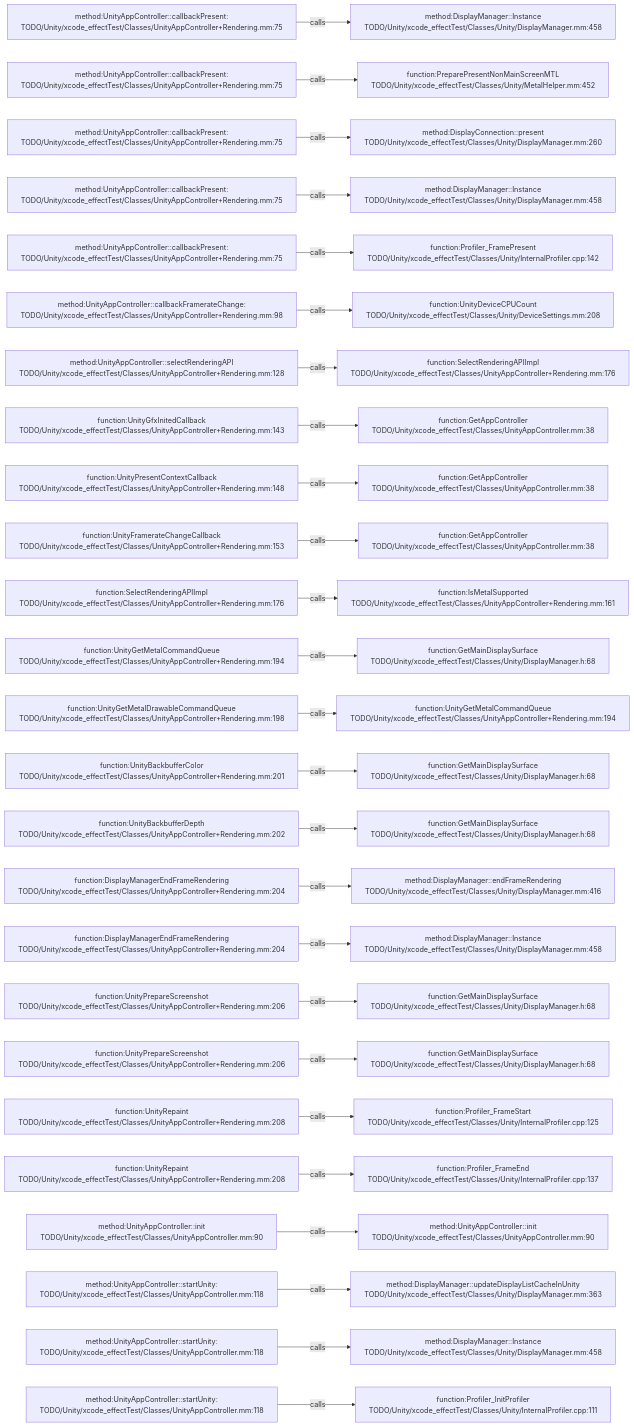
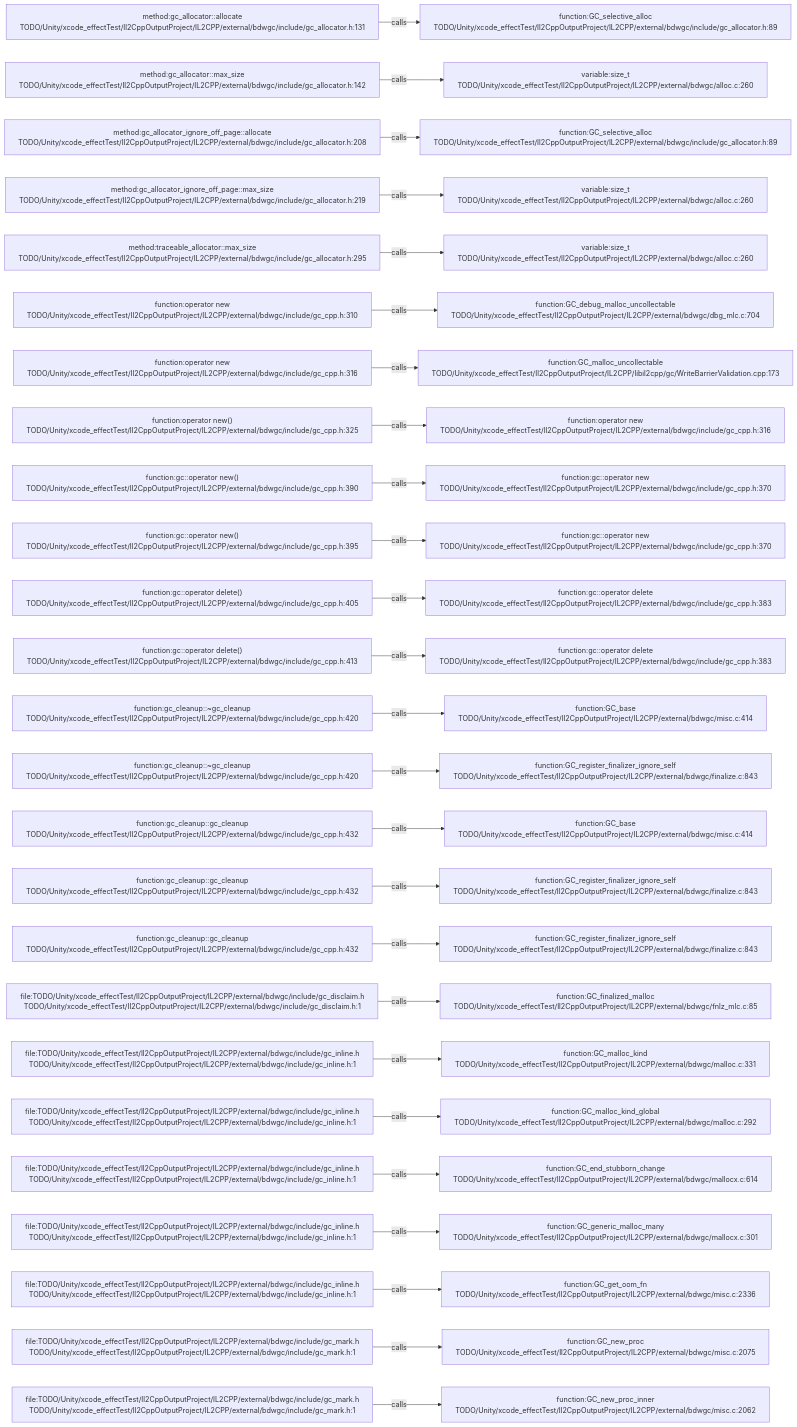
One commit to JobsKits/JobsSwiftBaseConfigDemo changed the diagram in .codegraph/codegraph.md/graphs/calls-114.md. Above: the diagram before and after it, drawn with Mermaid. The commit also changed 227 other files, not shown here.

````diff
--- a/.codegraph/codegraph.md/graphs/calls-114.md
+++ b/.codegraph/codegraph.md/graphs/calls-114.md
@@ -13,78 +13,78 @@
 ```mermaid
 flowchart LR
-  S1["method:UnityAppController::callbackPresent:<br/>TODO/Unity/xcode_effectTest/Classes/UnityAppController+Rendering.mm:75"]
-  T1["method:DisplayManager::Instance<br/>TODO/Unity/xcode_effectTest/Classes/Unity/DisplayManager.mm:458"]
+  S1["method:gc_allocator::allocate<br/>TODO/Unity/xcode_effectTest/Il2CppOutputProject/IL2CPP/external/bdwgc/include/gc_allocator.h:131"]
+  T1["function:GC_selective_alloc<br/>TODO/Unity/xcode_effectTest/Il2CppOutputProject/IL2CPP/external/bdwgc/include/gc_allocator.h:89"]
   S1 -->|calls| T1
-  S2["method:UnityAppController::callbackPresent:<br/>TODO/Unity/xcode_effectTest/Classes/UnityAppController+Rendering.mm:75"]
-  T2["function:PreparePresentNonMainScreenMTL<br/>TODO/Unity/xcode_effectTest/Classes/Unity/MetalHelper.mm:452"]
+  S2["method:gc_allocator::max_size<br/>TODO/Unity/xcode_effectTest/Il2CppOutputProject/IL2CPP/external/bdwgc/include/gc_allocator.h:142"]
+  T2["variable:size_t<br/>TODO/Unity/xcode_effectTest/Il2CppOutputProject/IL2CPP/external/bdwgc/alloc.c:260"]
   S2 -->|calls| T2
-  S3["method:UnityAppController::callbackPresent:<br/>TODO/Unity/xcode_effectTest/Classes/UnityAppController+Rendering.mm:75"]
-  T3["method:DisplayConnection::present<br/>TODO/Unity/xcode_effectTest/Classes/Unity/DisplayManager.mm:260"]
+  S3["method:gc_allocator_ignore_off_page::allocate<br/>TODO/Unity/xcode_effectTest/Il2CppOutputProject/IL2CPP/external/bdwgc/include/gc_allocator.h:208"]
+  T3["function:GC_selective_alloc<br/>TODO/Unity/xcode_effectTest/Il2CppOutputProject/IL2CPP/external/bdwgc/include/gc_allocator.h:89"]
   S3 -->|calls| T3
-  S4["method:UnityAppController::callbackPresent:<br/>TODO/Unity/xcode_effectTest/Classes/UnityAppController+Rendering.mm:75"]
-  T4["method:DisplayManager::Instance<br/>TODO/Unity/xcode_effectTest/Classes/Unity/DisplayManager.mm:458"]
+  S4["method:gc_allocator_ignore_off_page::max_size<br/>TODO/Unity/xcode_effectTest/Il2CppOutputProject/IL2CPP/external/bdwgc/include/gc_allocator.h:219"]
+  T4["variable:size_t<br/>TODO/Unity/xcode_effectTest/Il2CppOutputProject/IL2CPP/external/bdwgc/alloc.c:260"]
   S4 -->|calls| T4
-  S5["method:UnityAppController::callbackPresent:<br/>TODO/Unity/xcode_effectTest/Classes/UnityAppController+Rendering.mm:75"]
-  T5["function:Profiler_FramePresent<br/>TODO/Unity/xcode_effectTest/Classes/Unity/InternalProfiler.cpp:142"]
+  S5["method:traceable_allocator::max_size<br/>TODO/Unity/xcode_effectTest/Il2CppOutputProject/IL2CPP/external/bdwgc/include/gc_allocator.h:295"]
+  T5["variable:size_t<br/>TODO/Unity/xcode_effectTest/Il2CppOutputProject/IL2CPP/external/bdwgc/alloc.c:260"]
   S5 -->|calls| T5
-  S6["method:UnityAppController::callbackFramerateChange:<br/>TODO/Unity/xcode_effectTest/Classes/UnityAppController+Rendering.mm:98"]
-  T6["function:UnityDeviceCPUCount<br/>TODO/Unity/xcode_effectTest/Classes/Unity/DeviceSettings.mm:208"]
+  S6["function:operator new<br/>TODO/Unity/xcode_effectTest/Il2CppOutputProject/IL2CPP/external/bdwgc/include/gc_cpp.h:310"]
+  T6["function:GC_debug_malloc_uncollectable<br/>TODO/Unity/xcode_effectTest/Il2CppOutputProject/IL2CPP/external/bdwgc/dbg_mlc.c:704"]
   S6 -->|calls| T6
-  S7["method:UnityAppController::selectRenderingAPI<br/>TODO/Unity/xcode_effectTest/Classes/UnityAppController+Rendering.mm:128"]
-  T7["function:SelectRenderingAPIImpl<br/>TODO/Unity/xcode_effectTest/Classes/UnityAppController+Rendering.mm:176"]
+  S7["function:operator new<br/>TODO/Unity/xcode_effectTest/Il2CppOutputProject/IL2CPP/external/bdwgc/include/gc_cpp.h:316"]
+  T7["function:GC_malloc_uncollectable<br/>TODO/Unity/xcode_effectTest/Il2CppOutputProject/IL2CPP/libil2cpp/gc/WriteBarrierValidation.cpp:173"]
   S7 -->|calls| T7
-  S8["function:UnityGfxInitedCallback<br/>TODO/Unity/xcode_effectTest/Classes/UnityAppController+Rendering.mm:143"]
-  T8["function:GetAppController<br/>TODO/Unity/xcode_effectTest/Classes/UnityAppController.mm:38"]
+  S8["function:operator new()<br/>TODO/Unity/xcode_effectTest/Il2CppOutputProject/IL2CPP/external/bdwgc/include/gc_cpp.h:325"]
+  T8["function:operator new<br/>TODO/Unity/xcode_effectTest/Il2CppOutputProject/IL2CPP/external/bdwgc/include/gc_cpp.h:316"]
   S8 -->|calls| T8
-  S9["function:UnityPresentContextCallback<br/>TODO/Unity/xcode_effectTest/Classes/UnityAppController+Rendering.mm:148"]
-  T9["function:GetAppController<br/>TODO/Unity/xcode_effectTest/Classes/UnityAppController.mm:38"]
+  S9["function:gc::operator new()<br/>TODO/Unity/xcode_effectTest/Il2CppOutputProject/IL2CPP/external/bdwgc/include/gc_cpp.h:390"]
+  T9["function:gc::operator new<br/>TODO/Unity/xcode_effectTest/Il2CppOutputProject/IL2CPP/external/bdwgc/include/gc_cpp.h:370"]
   S9 -->|calls| T9
-  S10["function:UnityFramerateChangeCallback<br/>TODO/Unity/xcode_effectTest/Classes/UnityAppController+Rendering.mm:153"]
-  T10["function:GetAppController<br/>TODO/Unity/xcode_effectTest/Classes/UnityAppController.mm:38"]
+  S10["function:gc::operator new()<br/>TODO/Unity/xcode_effectTest/Il2CppOutputProject/IL2CPP/external/bdwgc/include/gc_cpp.h:395"]
+  T10["function:gc::operator new<br/>TODO/Unity/xcode_effectTest/Il2CppOutputProject/IL2CPP/external/bdwgc/include/gc_cpp.h:370"]
   S10 -->|calls| T10
-  S11["function:SelectRenderingAPIImpl<br/>TODO/Unity/xcode_effectTest/Classes/UnityAppController+Rendering.mm:176"]
-  T11["function:IsMetalSupported<br/>TODO/Unity/xcode_effectTest/Classes/UnityAppController+Rendering.mm:161"]
+  S11["function:gc::operator delete()<br/>TODO/Unity/xcode_effectTest/Il2CppOutputProject/IL2CPP/external/bdwgc/include/gc_cpp.h:405"]
+  T11["function:gc::operator delete<br/>TODO/Unity/xcode_effectTest/Il2CppOutputProject/IL2CPP/external/bdwgc/include/gc_cpp.h:383"]
   S11 -->|calls| T11
-  S12["function:UnityGetMetalCommandQueue<br/>TODO/Unity/xcode_effectTest/Classes/UnityAppController+Rendering.mm:194"]
-  T12["function:GetMainDisplaySurface<br/>TODO/Unity/xcode_effectTest/Classes/Unity/DisplayManager.h:68"]
+  S12["function:gc::operator delete()<br/>TODO/Unity/xcode_effectTest/Il2CppOutputProject/IL2CPP/external/bdwgc/include/gc_cpp.h:413"]
+  T12["function:gc::operator delete<br/>TODO/Unity/xcode_effectTest/Il2CppOutputProject/IL2CPP/external/bdwgc/include/gc_cpp.h:383"]
   S12 -->|calls| T12
-  S13["function:UnityGetMetalDrawableCommandQueue<br/>TODO/Unity/xcode_effectTest/Classes/UnityAppController+Rendering.mm:198"]
-  T13["function:UnityGetMetalCommandQueue<br/>TODO/Unity/xcode_effectTest/Classes/UnityAppController+Rendering.mm:194"]
+  S13["function:gc_cleanup::~gc_cleanup<br/>TODO/Unity/xcode_effectTest/Il2CppOutputProject/IL2CPP/external/bdwgc/include/gc_cpp.h:420"]
+  T13["function:GC_base<br/>TODO/Unity/xcode_effectTest/Il2CppOutputProject/IL2CPP/external/bdwgc/misc.c:414"]
   S13 -->|calls| T13
-  S14["function:UnityBackbufferColor<br/>TODO/Unity/xcode_effectTest/Classes/UnityAppController+Rendering.mm:201"]
-  T14["function:GetMainDisplaySurface<br/>TODO/Unity/xcode_effectTest/Classes/Unity/DisplayManager.h:68"]
+  S14["function:gc_cleanup::~gc_cleanup<br/>TODO/Unity/xcode_effectTest/Il2CppOutputProject/IL2CPP/external/bdwgc/include/gc_cpp.h:420"]
+  T14["function:GC_register_finalizer_ignore_self<br/>TODO/Unity/xcode_effectTest/Il2CppOutputProject/IL2CPP/external/bdwgc/finalize.c:843"]
   S14 -->|calls| T14
-  S15["function:UnityBackbufferDepth<br/>TODO/Unity/xcode_effectTest/Classes/UnityAppController+Rendering.mm:202"]
-  T15["function:GetMainDisplaySurface<br/>TODO/Unity/xcode_effectTest/Classes/Unity/DisplayManager.h:68"]
+  S15["function:gc_cleanup::gc_cleanup<br/>TODO/Unity/xcode_effectTest/Il2CppOutputProject/IL2CPP/external/bdwgc/include/gc_cpp.h:432"]
+  T15["function:GC_base<br/>TODO/Unity/xcode_effectTest/Il2CppOutputProject/IL2CPP/external/bdwgc/misc.c:414"]
   S15 -->|calls| T15
-  S16["function:DisplayManagerEndFrameRendering<br/>TODO/Unity/xcode_effectTest/Classes/UnityAppController+Rendering.mm:204"]
-  T16["method:DisplayManager::endFrameRendering<br/>TODO/Unity/xcode_effectTest/Classes/Unity/DisplayManager.mm:416"]
+  S16["function:gc_cleanup::gc_cleanup<br/>TODO/Unity/xcode_effectTest/Il2CppOutputProject/IL2CPP/external/bdwgc/include/gc_cpp.h:432"]
+  T16["function:GC_register_finalizer_ignore_self<br/>TODO/Unity/xcode_effectTest/Il2CppOutputProject/IL2CPP/external/bdwgc/finalize.c:843"]
   S16 -->|calls| T16
-  S17["function:DisplayManagerEndFrameRendering<br/>TODO/Unity/xcode_effectTest/Classes/UnityAppController+Rendering.mm:204"]
-  T17["method:DisplayManager::Instance<br/>TODO/Unity/xcode_effectTest/Classes/Unity/DisplayManager.mm:458"]
+  S17["function:gc_cleanup::gc_cleanup<br/>TODO/Unity/xcode_effectTest/Il2CppOutputProject/IL2CPP/external/bdwgc/include/gc_cpp.h:432"]
+  T17["function:GC_register_finalizer_ignore_self<br/>TODO/Unity/xcode_effectTest/Il2CppOutputProject/IL2CPP/external/bdwgc/finalize.c:843"]
   S17 -->|calls| T17
-  S18["function:UnityPrepareScreenshot<br/>TODO/Unity/xcode_effectTest/Classes/UnityAppController+Rendering.mm:206"]
-  T18["function:GetMainDisplaySurface<br/>TODO/Unity/xcode_effectTest/Classes/Unity/DisplayManager.h:68"]
+  S18["file:TODO/Unity/xcode_effectTest/Il2CppOutputProject/IL2CPP/external/bdwgc/include/gc_disclaim.h<br/>TODO/Unity/xcode_effectTest/Il2CppOutputProject/IL2CPP/external/bdwgc/include/gc_disclaim.h:1"]
+  T18["function:GC_finalized_malloc<br/>TODO/Unity/xcode_effectTest/Il2CppOutputProject/IL2CPP/external/bdwgc/fnlz_mlc.c:85"]
   S18 -->|calls| T18
-  S19["function:UnityPrepareScreenshot<br/>TODO/Unity/xcode_effectTest/Classes/UnityAppController+Rendering.mm:206"]
-  T19["function:GetMainDisplaySurface<br/>TODO/Unity/xcode_effectTest/Classes/Unity/DisplayManager.h:68"]
+  S19["file:TODO/Unity/xcode_effectTest/Il2CppOutputProject/IL2CPP/external/bdwgc/include/gc_inline.h<br/>TODO/Unity/xcode_effectTest/Il2CppOutputProject/IL2CPP/external/bdwgc/include/gc_inline.h:1"]
+  T19["function:GC_malloc_kind<br/>TODO/Unity/xcode_effectTest/Il2CppOutputProject/IL2CPP/external/bdwgc/malloc.c:331"]
   S19 -->|calls| T19
-  S20["function:UnityRepaint<br/>TODO/Unity/xcode_effectTest/Classes/UnityAppController+Rendering.mm:208"]
-  T20["function:Profiler_FrameStart<br/>TODO/Unity/xcode_effectTest/Classes/Unity/InternalProfiler.cpp:125"]
+  S20["file:TODO/Unity/xcode_effectTest/Il2CppOutputProject/IL2CPP/external/bdwgc/include/gc_inline.h<br/>TODO/Unity/xcode_effectTest/Il2CppOutputProject/IL2CPP/external/bdwgc/include/gc_inline.h:1"]
+  T20["function:GC_malloc_kind_global<br/>TODO/Unity/xcode_effectTest/Il2CppOutputProject/IL2CPP/external/bdwgc/malloc.c:292"]
   S20 -->|calls| T20
-  S21["function:UnityRepaint<br/>TODO/Unity/xcode_effectTest/Classes/UnityAppController+Rendering.mm:208"]
-  T21["function:Profiler_FrameEnd<br/>TODO/Unity/xcode_effectTest/Classes/Unity/InternalProfiler.cpp:137"]
+  S21["file:TODO/Unity/xcode_effectTest/Il2CppOutputProject/IL2CPP/external/bdwgc/include/gc_inline.h<br/>TODO/Unity/xcode_effectTest/Il2CppOutputProject/IL2CPP/external/bdwgc/include/gc_inline.h:1"]
+  T21["function:GC_end_stubborn_change<br/>TODO/Unity/xcode_effectTest/Il2CppOutputProject/IL2CPP/external/bdwgc/mallocx.c:614"]
   S21 -->|calls| T21
-  S22["method:UnityAppController::init<br/>TODO/Unity/xcode_effectTest/Classes/UnityAppController.mm:90"]
-  T22["method:UnityAppController::init<br/>TODO/Unity/xcode_effectTest/Classes/UnityAppController.mm:90"]
+  S22["file:TODO/Unity/xcode_effectTest/Il2CppOutputProject/IL2CPP/external/bdwgc/include/gc_inline.h<br/>TODO/Unity/xcode_effectTest/Il2CppOutputProject/IL2CPP/external/bdwgc/include/gc_inline.h:1"]
+  T22["function:GC_generic_malloc_many<br/>TODO/Unity/xcode_effectTest/Il2CppOutputProject/IL2CPP/external/bdwgc/mallocx.c:301"]
   S22 -->|calls| T22
-  S23["method:UnityAppController::startUnity:<br/>TODO/Unity/xcode_effectTest/Classes/UnityAppController.mm:118"]
-  T23["method:DisplayManager::updateDisplayListCacheInUnity<br/>TODO/Unity/xcode_effectTest/Classes/Unity/DisplayManager.mm:363"]
+  S23["file:TODO/Unity/xcode_effectTest/Il2CppOutputProject/IL2CPP/external/bdwgc/include/gc_inline.h<br/>TODO/Unity/xcode_effectTest/Il2CppOutputProject/IL2CPP/external/bdwgc/include/gc_inline.h:1"]
+  T23["function:GC_get_oom_fn<br/>TODO/Unity/xcode_effectTest/Il2CppOutputProject/IL2CPP/external/bdwgc/misc.c:2336"]
   S23 -->|calls| T23
-  S24["method:UnityAppController::startUnity:<br/>TODO/Unity/xcode_effectTest/Classes/UnityAppController.mm:118"]
-  T24["method:DisplayManager::Instance<br/>TODO/Unity/xcode_effectTest/Classes/Unity/DisplayManager.mm:458"]
+  S24["file:TODO/Unity/xcode_effectTest/Il2CppOutputProject/IL2CPP/external/bdwgc/include/gc_mark.h<br/>TODO/Unity/xcode_effectTest/Il2CppOutputProject/IL2CPP/external/bdwgc/include/gc_mark.h:1"]
+  T24["function:GC_new_proc<br/>TODO/Unity/xcode_effectTest/Il2CppOutputProject/IL2CPP/external/bdwgc/misc.c:2075"]
   S24 -->|calls| T24
-  S25["method:UnityAppController::startUnity:<br/>TODO/Unity/xcode_effectTest/Classes/UnityAppController.mm:118"]
-  T25["function:Profiler_InitProfiler<br/>TODO/Unity/xcode_effectTest/Classes/Unity/InternalProfiler.cpp:111"]
+  S25["file:TODO/Unity/xcode_effectTest/Il2CppOutputProject/IL2CPP/external/bdwgc/include/gc_mark.h<br/>TODO/Unity/xcode_effectTest/Il2CppOutputProject/IL2CPP/external/bdwgc/include/gc_mark.h:1"]
+  T25["function:GC_new_proc_inner<br/>TODO/Unity/xcode_effectTest/Il2CppOutputProject/IL2CPP/external/bdwgc/misc.c:2062"]
   S25 -->|calls| T25
 ```
````
